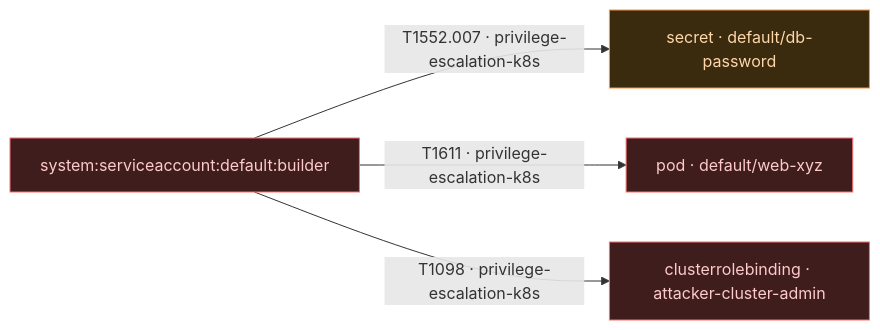
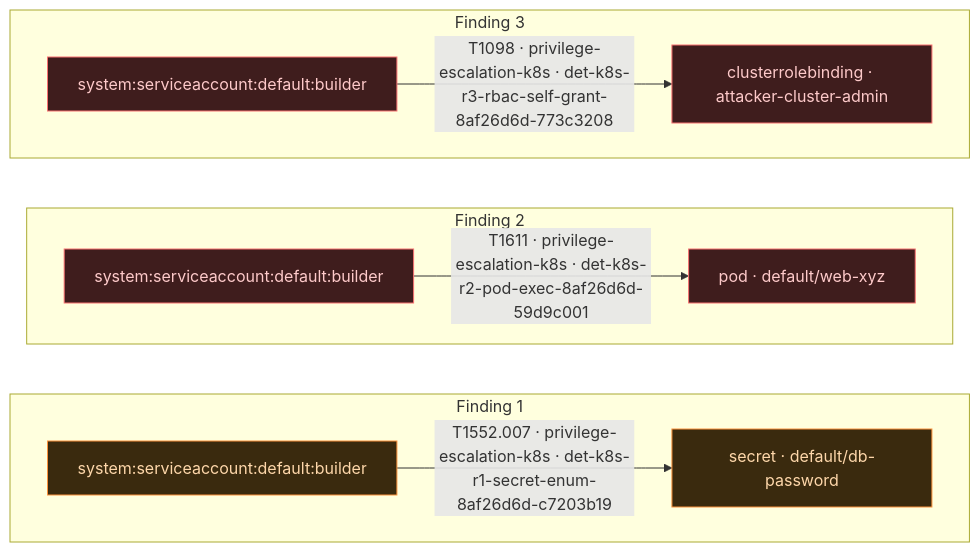
Before and after one commit to msaad00/cloud-ai-security-skills: the diagram in skills/detection-engineering/golden/k8s_priv_esc_attack_flow.mmd, drawn with Mermaid. The commit also changed 4 other files, not shown here.

Commit message:
fix: preserve finding boundaries in Mermaid evidence views (#740)

```diff
--- a/skills/detection-engineering/golden/k8s_priv_esc_attack_flow.mmd
+++ b/skills/detection-engineering/golden/k8s_priv_esc_attack_flow.mmd
@@ -1,14 +1,26 @@
 flowchart LR
     classDef critical fill:#3f1d1d,stroke:#f87171,color:#fecaca
     classDef high     fill:#3a2a0e,stroke:#fb923c,color:#fed7aa
     classDef medium   fill:#3a3a0e,stroke:#fbbf24,color:#fef08a
     classDef low      fill:#1e293b,stroke:#64748b,color:#cbd5e1
 
-    A122b20810e["system:serviceaccount:default:builder"]:::critical
-    T20b074c51c["secret · default/db-password"]:::high
-    T9071eb688c["clusterrolebinding · attacker-cluster-admin"]:::critical
-    Tfbd3557c97["pod · default/web-xyz"]:::critical
+    subgraph F0["Finding 1"]
+        direction LR
+        A0["system:serviceaccount:default:builder"]:::high
+        T0["secret · default/db-password"]:::high
+        A0 -- "T1552.007 · privilege-escalation-k8s · det-k8s-r1-secret-enum-8af26d6d-c7203b19" --> T0
+    end
 
-    A122b20810e -- "T1552.007 · privilege-escalation-k8s" --> T20b074c51c
-    A122b20810e -- "T1611 · privilege-escalation-k8s" --> Tfbd3557c97
-    A122b20810e -- "T1098 · privilege-escalation-k8s" --> T9071eb688c
+    subgraph F1["Finding 2"]
+        direction LR
+        A1["system:serviceaccount:default:builder"]:::critical
+        T1["pod · default/web-xyz"]:::critical
+        A1 -- "T1611 · privilege-escalation-k8s · det-k8s-r2-pod-exec-8af26d6d-59d9c001" --> T1
+    end
+
+    subgraph F2["Finding 3"]
+        direction LR
+        A2["system:serviceaccount:default:builder"]:::critical
+        T2["clusterrolebinding · attacker-cluster-admin"]:::critical
+        A2 -- "T1098 · privilege-escalation-k8s · det-k8s-r3-rbac-self-grant-8af26d6d-773c3208" --> T2
+    end
```
